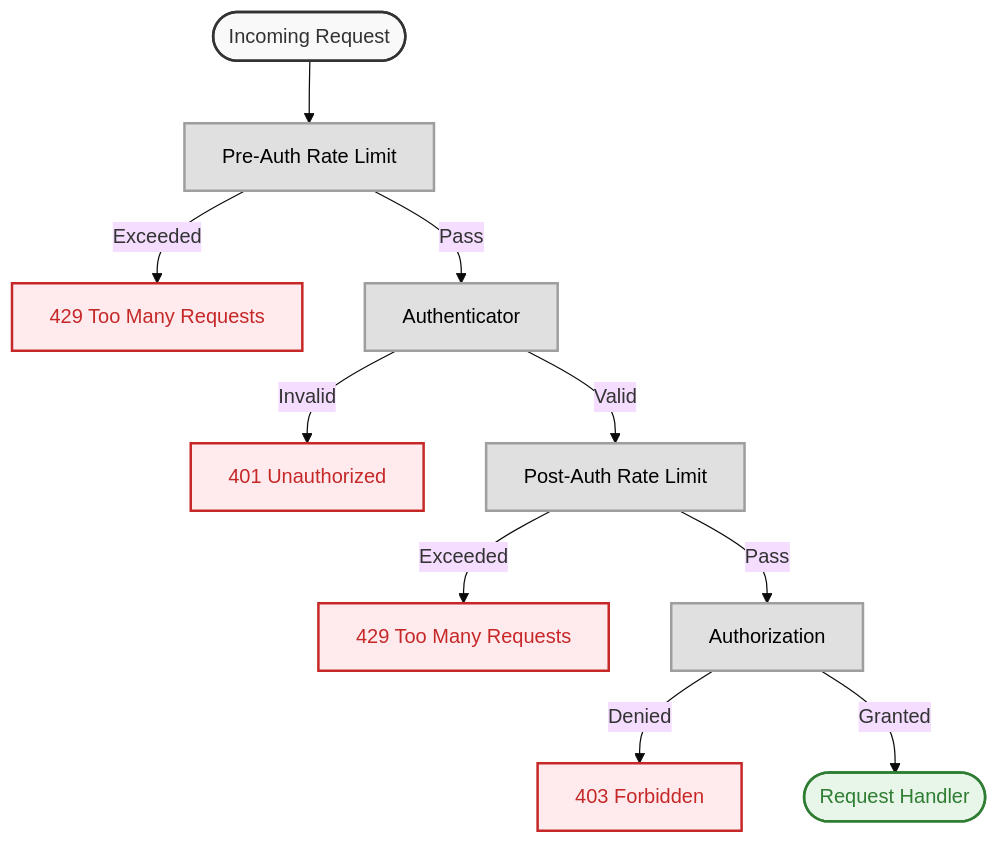
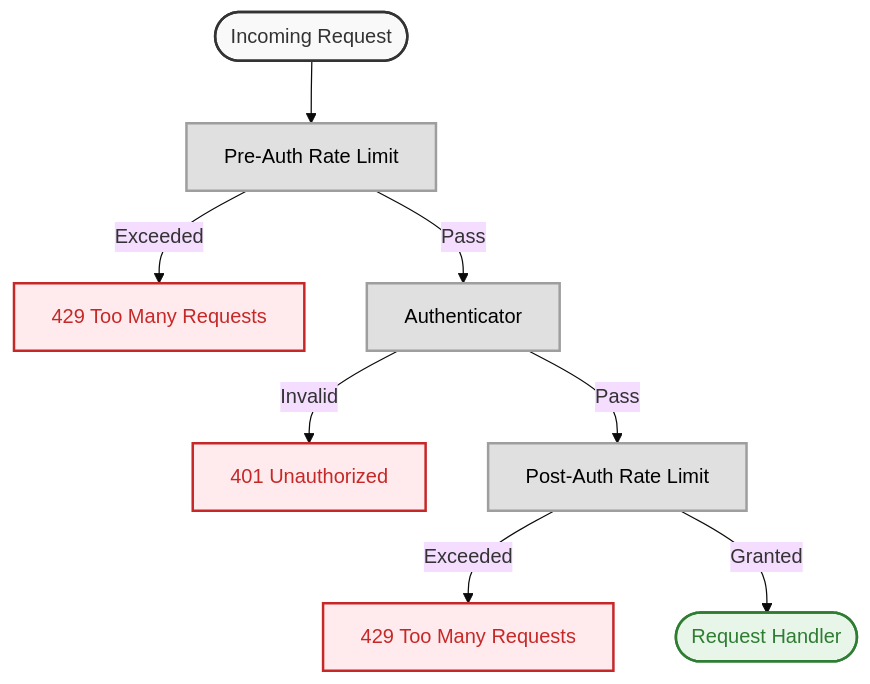
Before and after one commit to protolayer/rpcauth-proto: the diagram in README.md, drawn with Mermaid (base theme). The commit also changed other lines of this file and 3 other files, not shown here.

````diff
--- a/README.md
+++ b/README.md
@@ -29,31 +27,27 @@
 ```mermaid
 flowchart TD
     Start([Incoming Request]) --> PreAuth
 
     PreAuth[Pre-Auth Rate Limit]
     PreAuth -->|Exceeded| R1[429 Too Many Requests]
     PreAuth -->|Pass| Auth
 
     Auth[Authenticator]
     Auth -->|Invalid| R2[401 Unauthorized]
-    Auth -->|Valid| PostAuth
+    Auth -->|Pass| PostAuth
 
     PostAuth[Post-Auth Rate Limit]
     PostAuth -->|Exceeded| R3[429 Too Many Requests]
-    PostAuth -->|Pass| Authz
-
-    Authz[Authorization]
-    Authz -->|Denied| R4[403 Forbidden]
-    Authz -->|Granted| Handler([Request Handler])
+    PostAuth -->|Granted| Handler([Request Handler])
 
     %% Styling
     classDef default fill:#f9f9f9,stroke:#333,stroke-width:2px
     classDef error fill:#ffebee,stroke:#c62828,color:#c62828
     classDef success fill:#e8f5e9,stroke:#2e7d32,color:#2e7d32
     classDef process fill:#E0E0E0,stroke:#9E9E9E,color:black
 
     class R1,R2,R3,R4 error
     class Handler success
-    class PreAuth,Auth,PostAuth,Authz process
+    class PreAuth,Auth,PostAuth process
     class Start default
 ```
````
